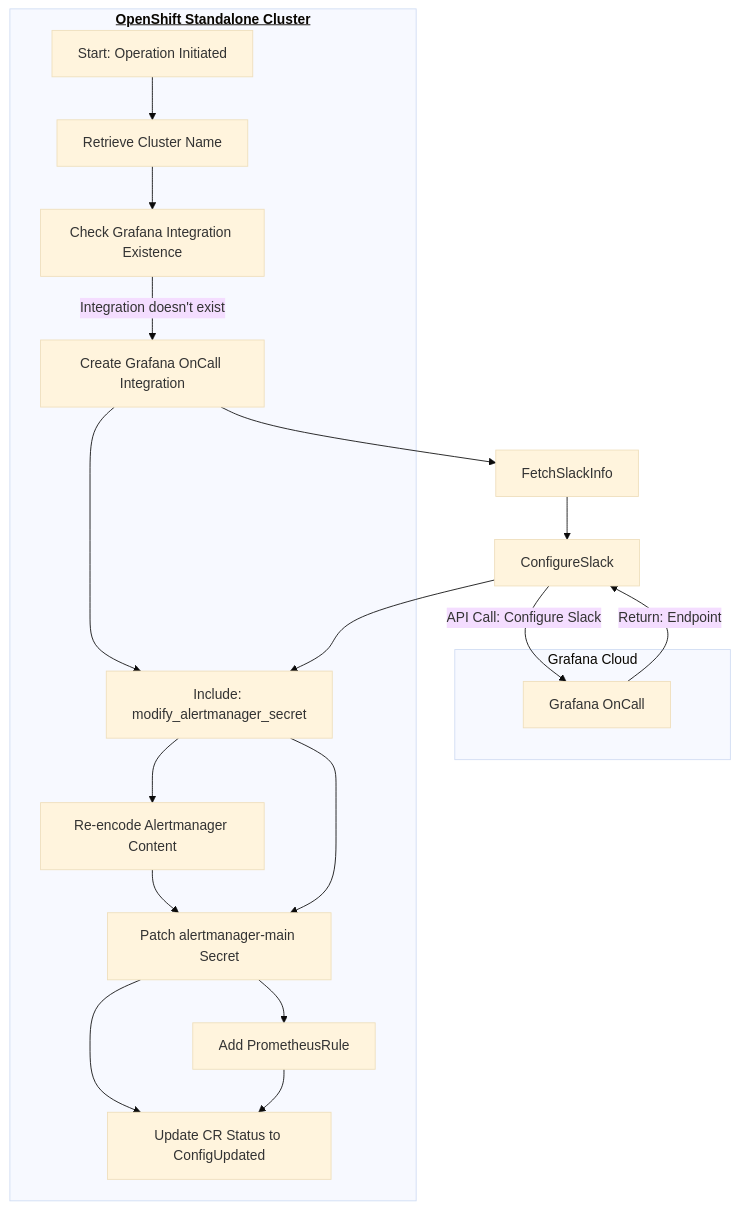
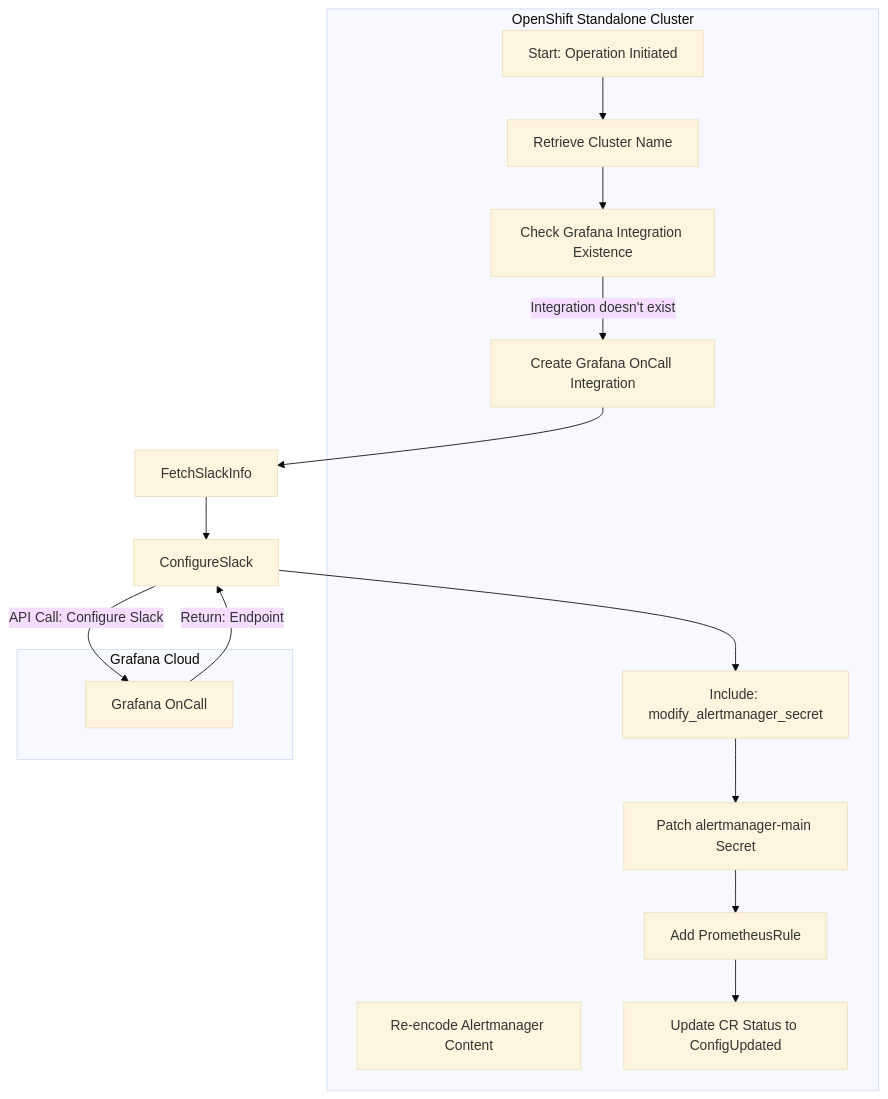
The second of 2 diagrams in README.md (stakater/grafana-cloud-ansible-operator), drawn with Mermaid (base theme) before and after one commit. The commit also changed other lines of this file and 6 other files, not shown here.

````diff
--- a/README.md
+++ b/README.md
@@ -101,35 +103,31 @@
     ```mermaid
     graph TD
 
-        subgraph "<u><b>OpenShift Standalone Cluster</b></u>"
+        subgraph "OpenShift Standalone Cluster"
             Init[Start: Operation Initiated]
             GetClusterName[Retrieve Cluster Name]
             CheckIntegration[Check Grafana Integration Existence]
             CreateIntegration[Create Grafana OnCall Integration]
             ModSecret[Include: modify_alertmanager_secret]
             Reencode[Re-encode Alertmanager Content]
             PatchSecret[Patch alertmanager-main Secret]
             AddPrometheusRule[Add PrometheusRule]
             UpdateCR[Update CR Status to ConfigUpdated]
             Init --> GetClusterName
             GetClusterName --> CheckIntegration
             CheckIntegration -- Integration doesn't exist --> CreateIntegration
-            CreateIntegration --> ModSecret
-            ModSecret --> Reencode
-            Reencode --> PatchSecret
-            PatchSecret --> UpdateCR
         end
 
         subgraph "Grafana Cloud"
             GO[Grafana OnCall]
         end
 
         CreateIntegration --> FetchSlackInfo
         FetchSlackInfo --> ConfigureSlack
         ConfigureSlack -->|API Call: Configure Slack| GO
         GO -->|Return: Endpoint| ConfigureSlack
         ConfigureSlack --> ModSecret
         ModSecret --> PatchSecret
         PatchSecret --> AddPrometheusRule
         AddPrometheusRule --> UpdateCR
     ```
````
